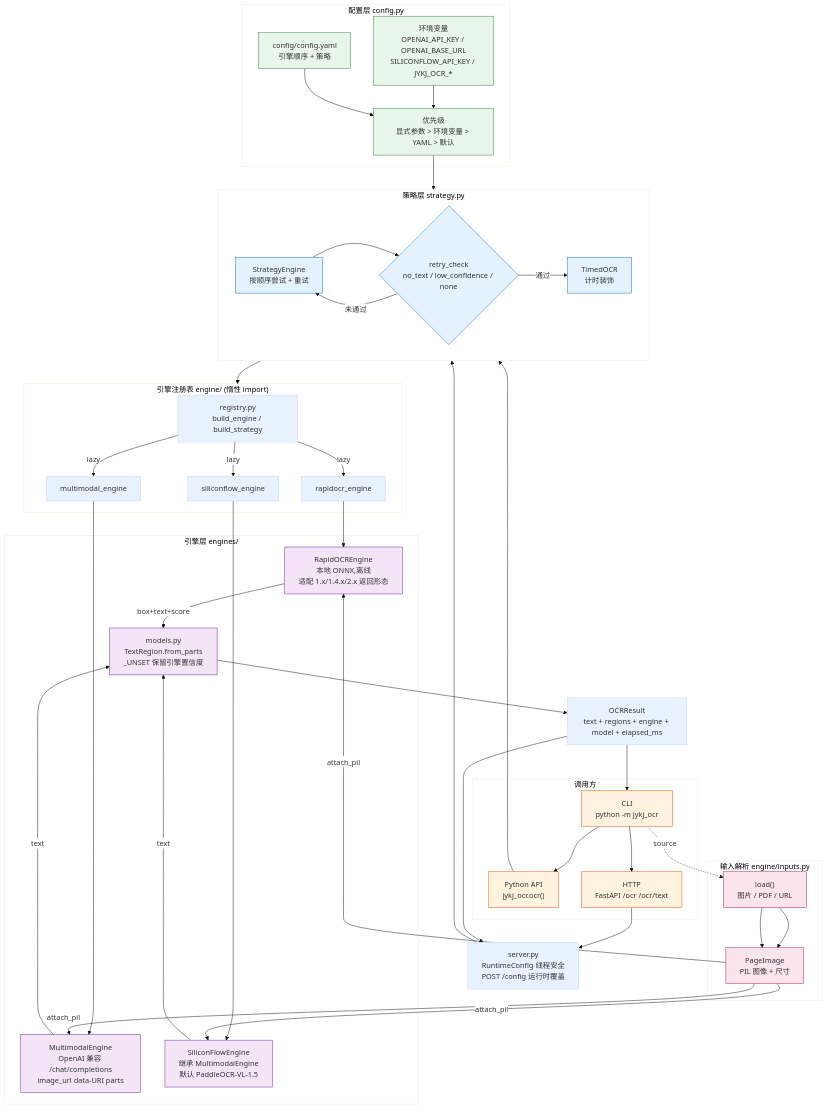
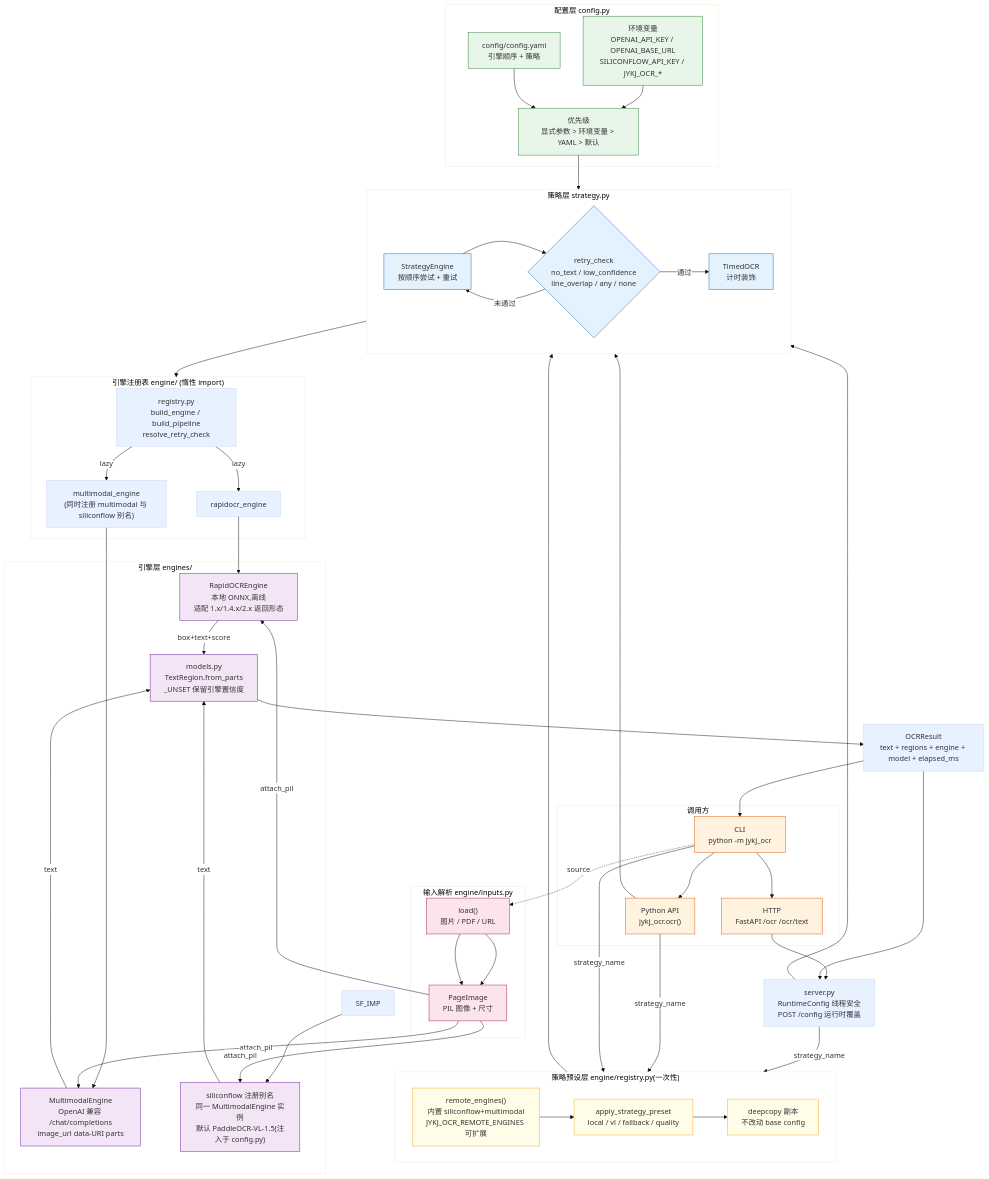
The diagram in docs/architecture.mmd (yejinlei/jykj-ocr), drawn with Mermaid before and after one commit. The commit also changed 10 other files, not shown here.

First line of the commit message:
docs: 更新架构图/流程图/Pages 文档——引擎策略与 siliconflow 别名统一后的现状

```diff
--- a/docs/architecture.mmd
+++ b/docs/architecture.mmd
@@ -1,80 +1,93 @@
 %%{init: {"theme": "base", "themeVariables": {"primaryColor": "#e8f1ff", "edgeLabelBackground": "#ffffff", "fontFamily": "SimHei, Microsoft YaHei, sans-serif"}}}%%
 flowchart TB
 
     subgraph CLIENT["调用方"]
         CLI["CLI<br/>python -m jykj_ocr"]
         PYAPI["Python API<br/>jykj_ocr.ocr()"]
         HTTP["HTTP<br/>FastAPI /ocr /ocr/text"]
     end
 
     subgraph CONFIG["配置层 config.py"]
         ENV["环境变量<br/>OPENAI_API_KEY / OPENAI_BASE_URL<br/>SILICONFLOW_API_KEY / JYKJ_OCR_*"]
         YAML["config/config.yaml<br/>引擎顺序 + 策略"]
         PREC["优先级<br/>显式参数 > 环境变量 > YAML > 默认"]
         ENV --> PREC
         YAML --> PREC
     end
 
+    subgraph PRESET["策略预设层 engine/registry.py(一次性)"]
+        APPLY["apply_strategy_preset<br/>local / vl / fallback / quality"]
+        REMOTE["remote_engines()<br/>内置 siliconflow+multimodal<br/>JYKJ_OCR_REMOTE_ENGINES 可扩展"]
+        ONESHOT["deepcopy 副本<br/>不改动 base config"]
+        APPLY --> ONESHOT
+        REMOTE --> APPLY
+    end
+
     subgraph ORCH["策略层 strategy.py"]
         STRAT["StrategyEngine<br/>按顺序尝试 + 重试"]
-        RETRY{"retry_check<br/>no_text / low_confidence / none"}
+        RETRY{"retry_check<br/>no_text / low_confidence<br/>line_overlap / any / none"}
         TIMED["TimedOCR<br/>计时装饰"]
         STRAT --> RETRY
         RETRY -->|未通过| STRAT
         RETRY -->|通过| TIMED
     end
 
     subgraph REG["引擎注册表 engine/ (惰性 import)"]
-        REGISTRY["registry.py<br/>build_engine / build_strategy"]
+        REGISTRY["registry.py<br/>build_engine / build_pipeline<br/>resolve_retry_check"]
         REGISTRY -->|lazy| RAPID_IMP["rapidocr_engine"]
-        REGISTRY -->|lazy| MULTI_IMP["multimodal_engine"]
-        REGISTRY -->|lazy| SF_IMP["siliconflow_engine"]
+        REGISTRY -->|lazy| MULTI_IMP["multimodal_engine<br/>(同时注册 multimodal 与 siliconflow 别名)"]
     end
 
     subgraph ENGINES["引擎层 engines/"]
         RAPID["RapidOCREngine<br/>本地 ONNX,离线<br/>适配 1.x/1.4.x/2.x 返回形态"]
         MULTI["MultimodalEngine<br/>OpenAI 兼容 /chat/completions<br/>image_url data-URI parts"]
-        SF["SiliconFlowEngine<br/>继承 MultimodalEngine<br/>默认 PaddleOCR-VL-1.5"]
+        SF["siliconflow 注册别名<br/>同一 MultimodalEngine 实例<br/>默认 PaddleOCR-VL-1.5(注入于 config.py)"]
         RAPID -->|box+text+score| MODELS_MOD["models.py<br/>TextRegion.from_parts<br/>_UNSET 保留引擎置信度"]
         MULTI -->|text| MODELS_MOD
         SF -->|text| MODELS_MOD
     end
 
     subgraph INPUT["输入解析 engine/inputs.py"]
         LOAD["load()<br/>图片 / PDF / URL"]
         PAGE["PageImage<br/>PIL 图像 + 尺寸"]
         LOAD --> PAGE
     end
 
     CLI --> PYAPI
     CLI --> HTTP
     HTTP --> SERV["server.py<br/>RuntimeConfig 线程安全<br/>POST /config 运行时覆盖"]
+    SERV -->|strategy_name| PRESET
+    PYAPI -->|strategy_name| PRESET
+    CLI -->|strategy_name| PRESET
+    PRESET --> ORCH
     SERV --> ORCH
     PYAPI --> ORCH
     PREC --> ORCH
 
     ORCH --> REG
     RAPID_IMP --> RAPID
     MULTI_IMP --> MULTI
     SF_IMP --> SF
 
     CLI -.->|source| LOAD
     LOAD --> PAGE
     PAGE -->|attach_pil| RAPID
     PAGE -->|attach_pil| MULTI
     PAGE -->|attach_pil| SF
 
     MODELS_MOD --> OUT["OCRResult<br/>text + regions + engine + model + elapsed_ms"]
     OUT --> CLI
     OUT --> SERV
 
     classDef client fill:#fff3e0,stroke:#e65100
     classDef config fill:#e8f5e9,stroke:#2e7d32
+    classDef preset fill:#fffde7,stroke:#f9a825
     classDef orch fill:#e3f2fd,stroke:#1565c0
     classDef eng fill:#f3e5f5,stroke:#6a1b9a
     classDef input fill:#fce4ec,stroke:#ad1457
     class CLI,PYAPI,HTTP client
     class ENV,YAML,PREC config
+    class APPLY,REMOTE,ONESHOT preset
     class STRAT,RETRY,TIMED orch
     class RAPID,MULTI,SF,MODELS_MOD eng
     class LOAD,PAGE input
```
